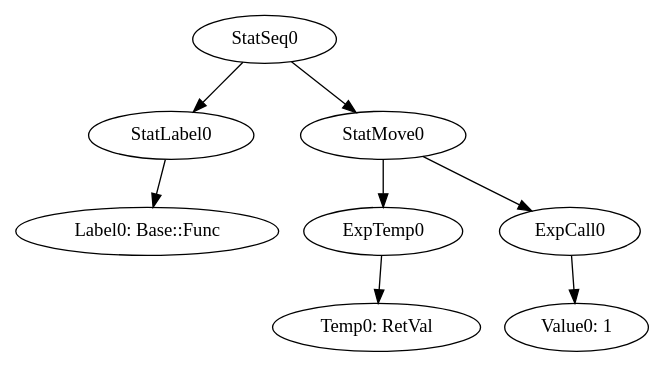
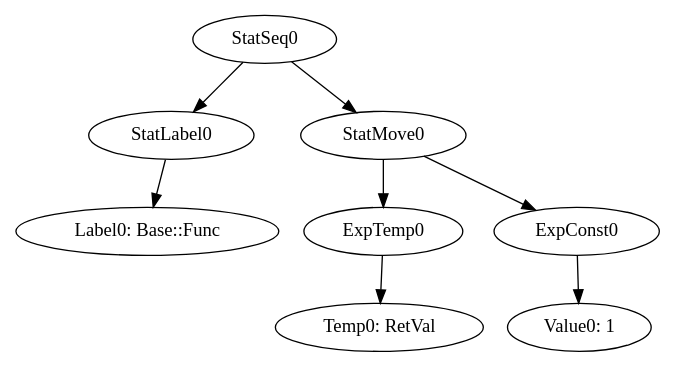
One commit to team-compilers/compilers changed the diagram in MiniJava/results/SamplesCorrect/OOP/irt_Base::Func.gv. Above: the diagram before and after it, drawn with Graphviz. The commit also changed 183 other files, not shown here.

```diff
--- a/MiniJava/results/SamplesCorrect/OOP/irt_Base::Func.gv
+++ b/MiniJava/results/SamplesCorrect/OOP/irt_Base::Func.gv
@@ -1,10 +1,10 @@
 digraph {
 	ordering = out;
-	ExpCall0 -> "Value0: 1";
+	ExpConst0 -> "Value0: 1";
 	StatLabel0 -> "Label0: Base::Func";
 	StatSeq0 -> StatLabel0;
 	StatSeq0 -> StatMove0;
 	ExpTemp0 -> "Temp0: RetVal";
 	StatMove0 -> ExpTemp0;
-	StatMove0 -> ExpCall0;
+	StatMove0 -> ExpConst0;
 }
```
